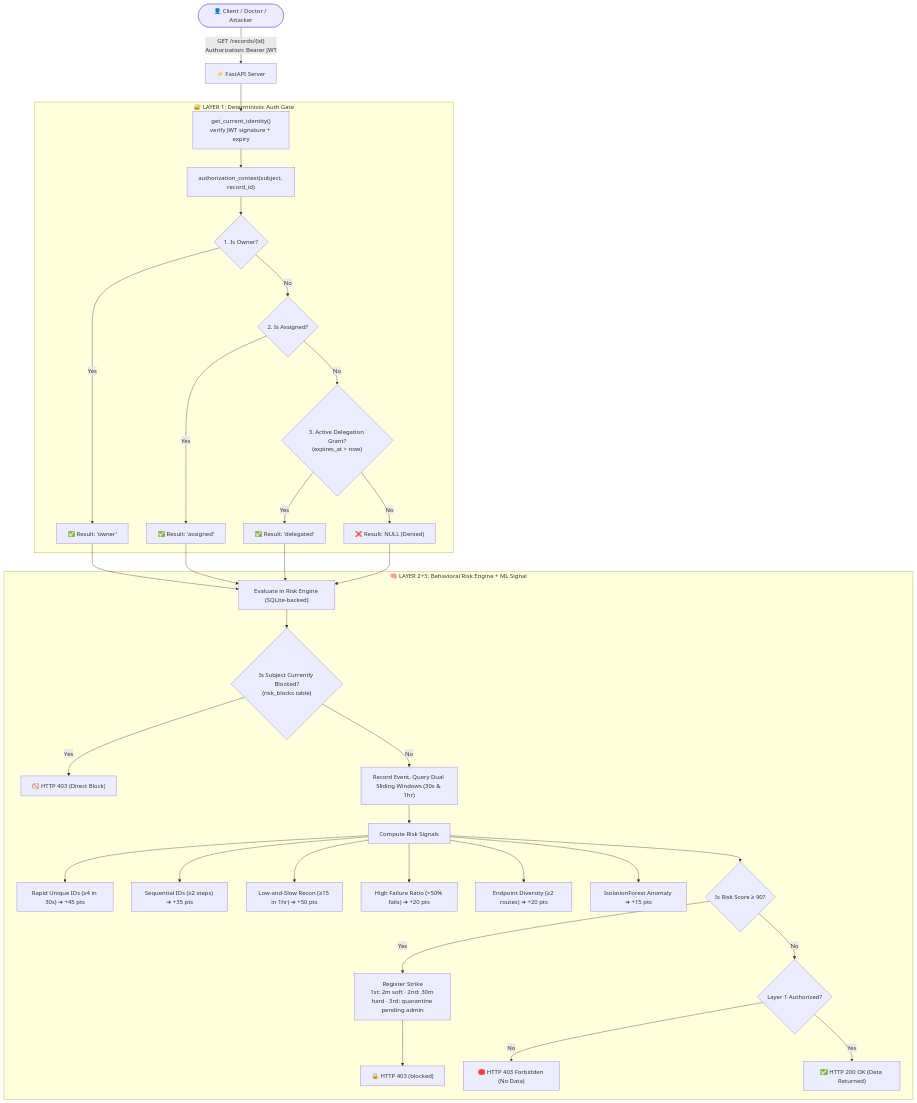
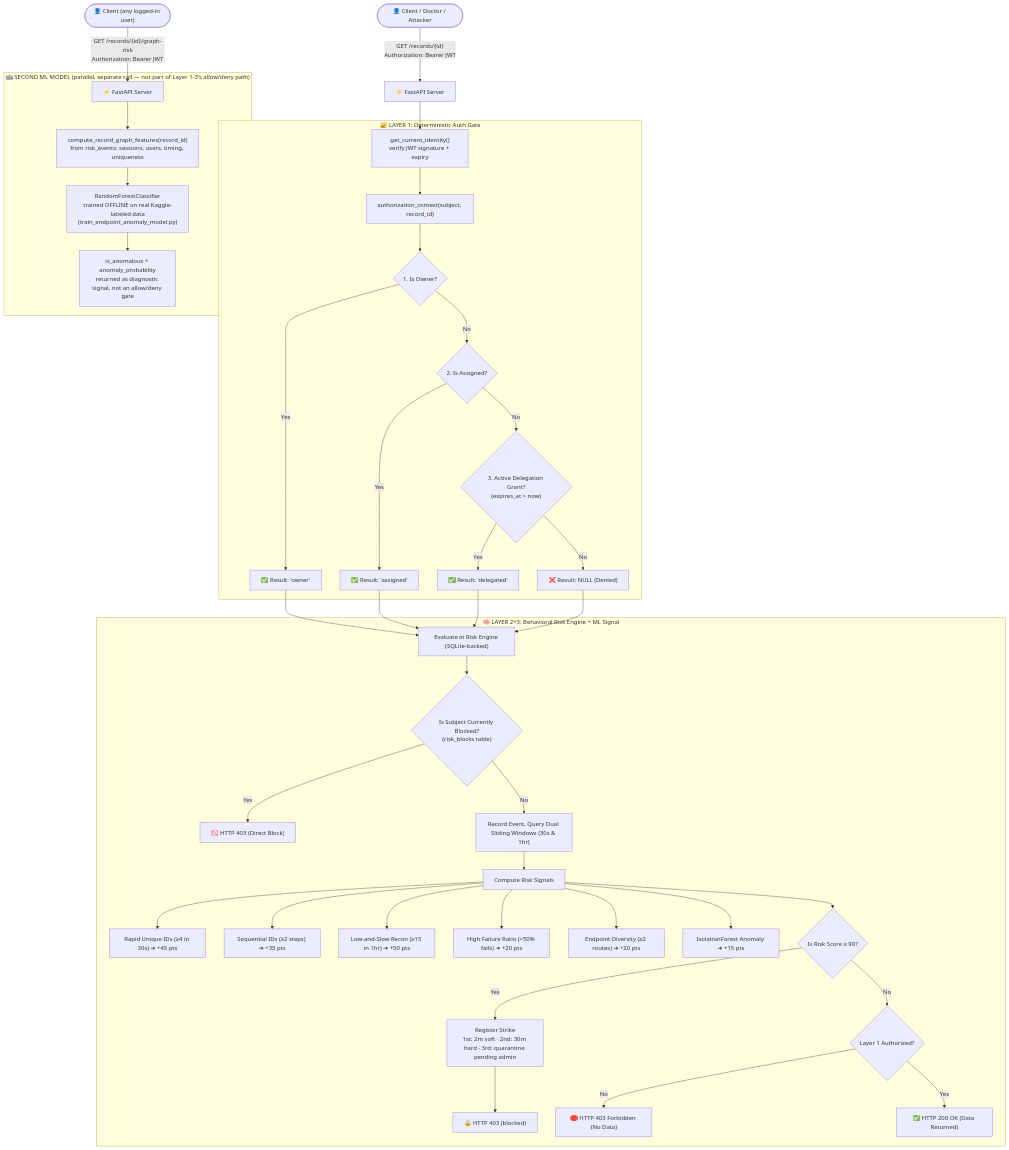
The diagram in README.md (BUILD-WITH-BARATH/Build_with_Barath_2.0), drawn with Mermaid before and after one commit. The commit also changed 1 other file, not shown here.

Commit message:
docs: add second ML model to architecture diagram, was missing since it was added later
The mermaid diagram was written before the per-endpoint RandomForestClassifier
existed and never got updated - it only showed the original per-subject
IsolationForest. Adds a parallel subgraph for GET /records/{id}/graph-risk
so the diagram actually matches what's in app.py. Also adds the endpoint to
bola-benchmark/README.md's key-endpoints table, which had the same gap.

Claude-Session: https://claude.ai/code/session_015ysKLM4UJmFebV6esJmiXb

````diff
--- a/README.md
+++ b/README.md
@@ -60,39 +60,46 @@
 ```mermaid
 flowchart TD
     Client(["👤 Client / Doctor / Attacker"]) -->|"GET /records/{id}<br/>Authorization: Bearer JWT"| API["⚡ FastAPI Server"]
     API --> AuthGate["get_current_identity()<br/>verify JWT signature + expiry"]
 
     subgraph L1 ["🔐 LAYER 1: Deterministic Auth Gate"]
         AuthGate --> AuthContext["authorization_context(subject, record_id)"]
         AuthContext --> DB_Owner{"1. Is Owner?"}
         DB_Owner -- Yes --> L1_Pass1["✅ Result: 'owner'"]
         DB_Owner -- No --> DB_Assign{"2. Is Assigned?"}
         DB_Assign -- Yes --> L1_Pass2["✅ Result: 'assigned'"]
         DB_Assign -- No --> DB_Grant{"3. Active Delegation Grant?<br/>(expires_at > now)"}
         DB_Grant -- Yes --> L1_Pass3["✅ Result: 'delegated'"]
         DB_Grant -- No --> L1_Deny["❌ Result: NULL (Denied)"]
     end
 
     L1_Pass1 & L1_Pass2 & L1_Pass3 --> L2_Input["Evaluate in Risk Engine (SQLite-backed)"]
     L1_Deny --> L2_Input
 
     subgraph L2 ["🧠 LAYER 2+3: Behavioral Risk Engine + ML Signal"]
         L2_Input --> HistoryCheck{"Is Subject Currently Blocked?<br/>(risk_blocks table)"}
         HistoryCheck -- Yes --> ForceBlock["🚫 HTTP 403 (Direct Block)"]
         HistoryCheck -- No --> WindowUpdate["Record Event, Query Dual Sliding Windows (30s & 1hr)"]
         WindowUpdate --> RiskEval["Compute Risk Signals"]
         RiskEval --> S1["Rapid Unique IDs (≥4 in 30s) ➔ +45 pts"]
         RiskEval --> S2["Sequential IDs (≥2 steps) ➔ +35 pts"]
         RiskEval --> S3["Low-and-Slow Recon (≥15 in 1hr) ➔ +50 pts"]
         RiskEval --> S4["High Failure Ratio (>50% fails) ➔ +20 pts"]
         RiskEval --> S5["Endpoint Diversity (≥2 routes) ➔ +20 pts"]
         RiskEval --> S6["IsolationForest Anomaly ➔ +15 pts"]
 
         RiskEval --> ScoreCheck{"Is Risk Score ≥ 90?"}
         ScoreCheck -- Yes --> Strike["Register Strike<br/>1st: 2m soft · 2nd: 30m hard · 3rd: quarantine pending admin"]
         Strike --> SetBlock["🔒 HTTP 403 (blocked)"]
         ScoreCheck -- No --> FinalCheck{"Layer 1 Authorized?"}
         FinalCheck -- No --> DenyOut["🛑 HTTP 403 Forbidden (No Data)"]
         FinalCheck -- Yes --> AllowOut["✅ HTTP 200 OK (Data Returned)"]
     end
+
+    Client2(["👤 Client (any logged-in user)"]) -->|"GET /records/{id}/graph-risk<br/>Authorization: Bearer JWT"| API2["⚡ FastAPI Server"]
+    subgraph L3 ["🤖 SECOND ML MODEL (parallel, separate call — not part of Layer 1-3's allow/deny path)"]
+        API2 --> Features["compute_record_graph_features(record_id)<br/>from risk_events: sessions, users, timing, uniqueness"]
+        Features --> RF["RandomForestClassifier<br/>trained OFFLINE on real Kaggle-labeled data<br/>(train_endpoint_anomaly_model.py)"]
+        RF --> GraphOut["is_anomalous + anomaly_probability<br/>returned as diagnostic signal, not an allow/deny gate"]
+    end
 ```
````
